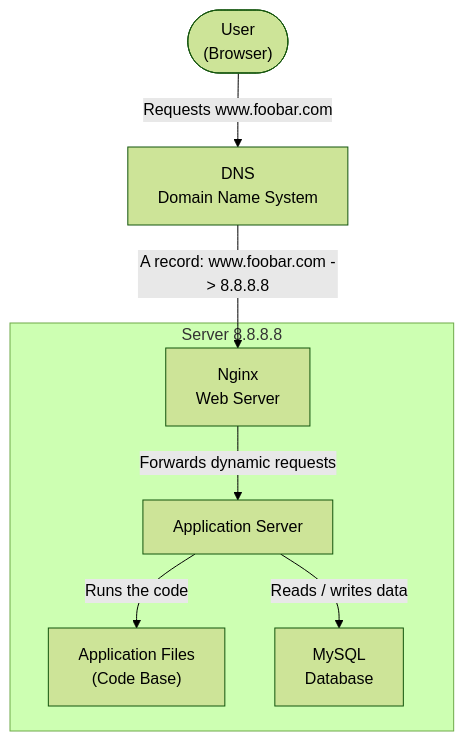
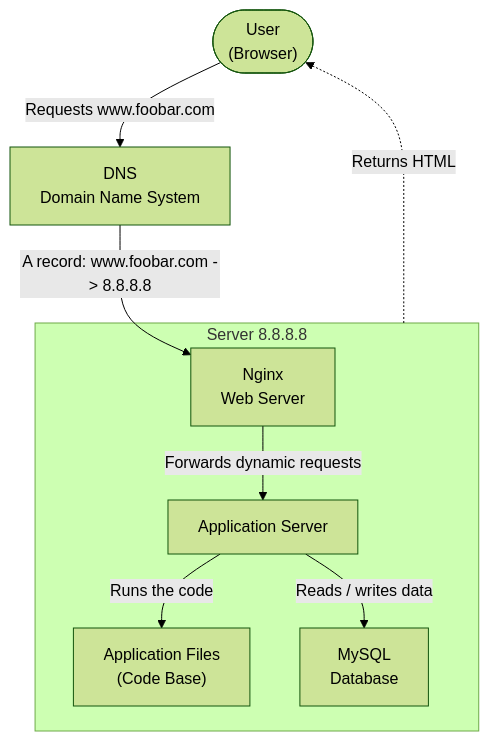
One commit to FelixBesancon/holbertonschool-system_engineering-devops changed the diagram in web_infrastructure_design/0-simple_web_stack.md. Above: the diagram before and after it, drawn with Mermaid (forest theme). The commit also changed other lines of this file, not shown here.

First line of the commit message:
Enhance server definition and update diagram

````diff
--- a/web_infrastructure_design/0-simple_web_stack.md
+++ b/web_infrastructure_design/0-simple_web_stack.md
@@ -7,20 +7,21 @@
 ```mermaid
 flowchart TD
 direction TB
 
     User(["User\n(Browser)"])
     DNS["DNS\nDomain Name System"]
 
     subgraph Server["Server 8.8.8.8"]
         WebServer["Nginx\nWeb Server"]
         AppServer["Application Server"]
         AppFiles["Application Files\n(Code Base)"]
         DB["MySQL\nDatabase"]
     end
 
     User -->|"Requests www.foobar.com"| DNS
     DNS -->|"A record: www.foobar.com -> 8.8.8.8"| WebServer
     WebServer -->|"Forwards dynamic requests"| AppServer
     AppServer -->|"Runs the code"| AppFiles
     AppServer -->|"Reads / writes data"| DB
+    Server -.->|"Returns HTML"| User
 ```
````
